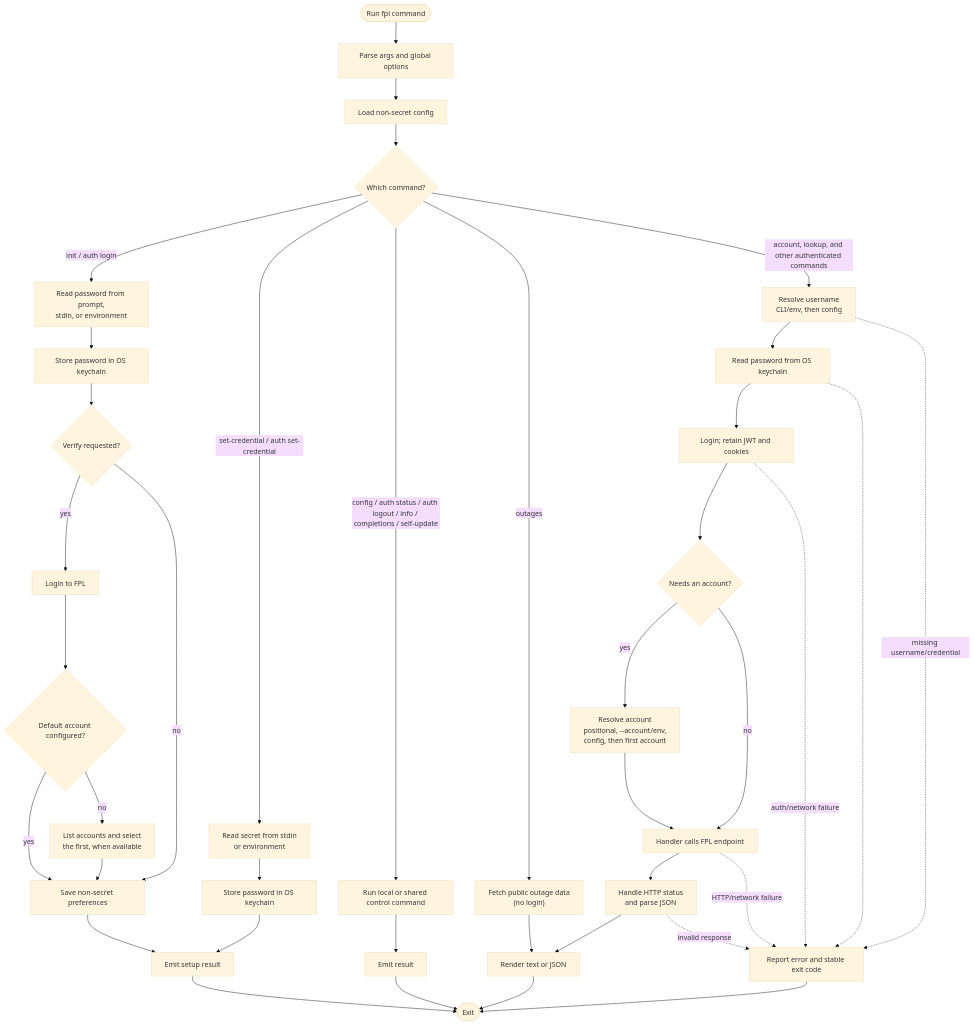
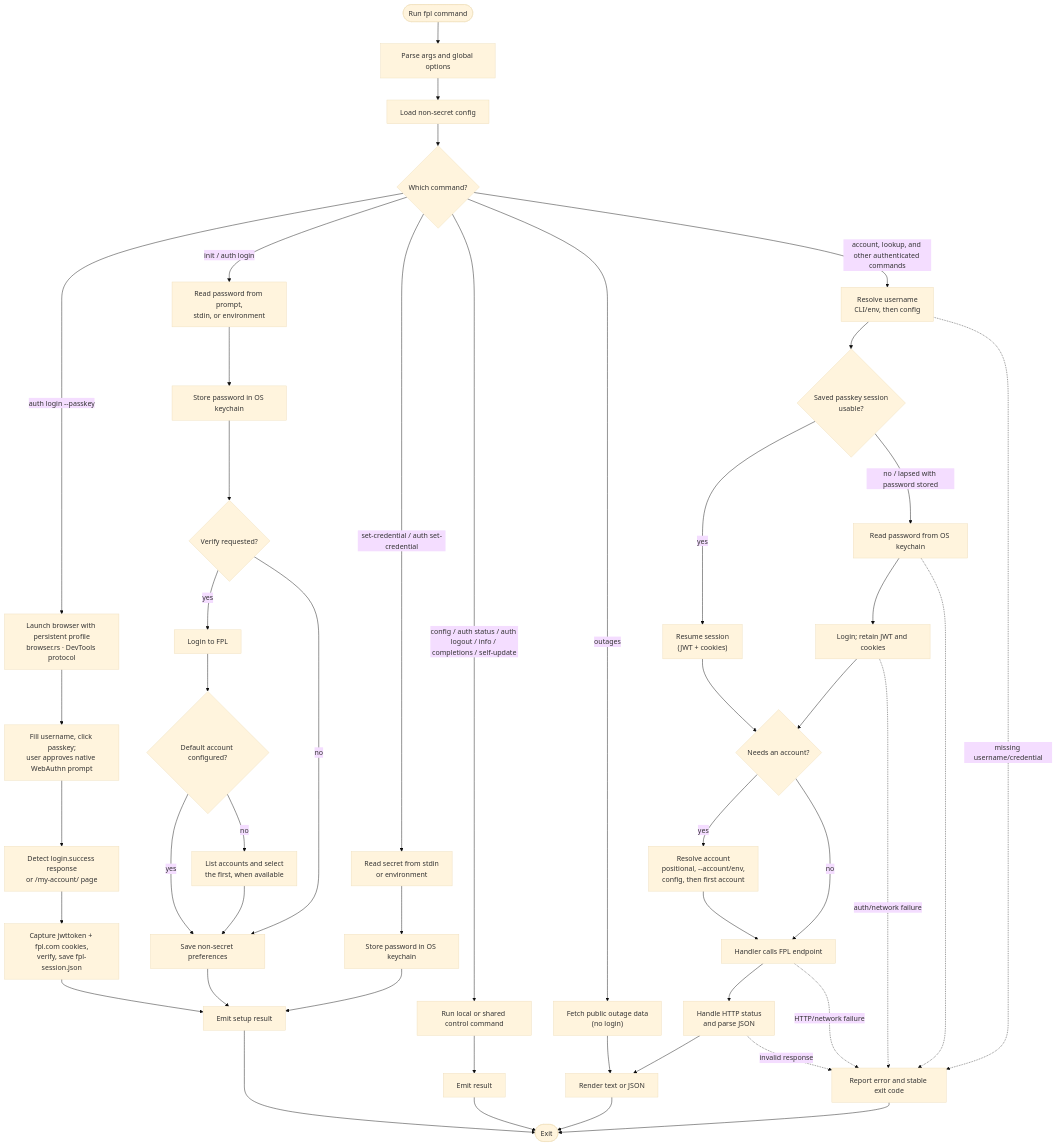
One commit to Elias-EKaplan/fpl-cli-test changed the second of 2 diagrams in docs/architecture.md. Above: the diagram before and after it, drawn with Mermaid (base theme). The commit also changed other lines of this file and 16 other files, not shown here.

Commit message:
Add semi-automatic passkey login via browser (auth login --passkey)

````diff
--- a/docs/architecture.md
+++ b/docs/architecture.md
@@ -55,47 +59,56 @@
 ```mermaid
 flowchart TD
     Start([Run fpl command]) --> Parse["Parse args and global options"]
     Parse --> Load["Load non-secret config"]
     Load --> Route{"Which command?"}
+
+    Route -->|auth login --passkey| Browser["Launch browser with persistent profile<br/>browser.rs · DevTools protocol"]
+    Browser --> Passkey["Fill username, click passkey;<br/>user approves native WebAuthn prompt"]
+    Passkey --> Detect["Detect login.success response<br/>or /my-account/ page"]
+    Detect --> Capture["Capture jwttoken + fpl.com cookies,<br/>verify, save fpl-session.json"]
+    Capture --> SetupOutput
 
     Route -->|init / auth login| Ingress["Read password from prompt,<br/>stdin, or environment"]
     Ingress --> Store["Store password in OS keychain"]
     Store --> Verify{"Verify requested?"}
     Verify -->|yes| Login["Login to FPL"]
     Verify -->|no| SaveSetup["Save non-secret preferences"]
     Login --> HasAccount{"Default account configured?"}
     HasAccount -->|yes| SaveSetup
     HasAccount -->|no| Discover["List accounts and select<br/>the first, when available"]
     Discover --> SaveSetup
     SaveSetup --> SetupOutput["Emit setup result"]
 
     Route -->|set-credential / auth set-credential| CredentialIngress["Read secret from stdin<br/>or environment"]
     CredentialIngress --> CredentialStore["Store password in OS keychain"]
     CredentialStore --> SetupOutput
 
     Route -->|config / auth status / auth logout / info / completions / self-update| Control["Run local or shared control command"]
     Control --> ControlOutput["Emit result"]
 
     Route -->|outages| Public["Fetch public outage data<br/>(no login)"]
     Public --> Render["Render text or JSON"]
 
     Route -->|account, lookup, and other authenticated commands| Username["Resolve username<br/>CLI/env, then config"]
-    Username --> Keychain["Read password from OS keychain"]
+    Username --> Saved{"Saved passkey session<br/>usable?"}
+    Saved -->|yes| Resume["Resume session<br/>(JWT + cookies)"]
+    Resume --> Account
+    Saved -->|"no / lapsed with password stored"| Keychain["Read password from OS keychain"]
     Keychain --> LoginSession["Login; retain JWT and cookies"]
     LoginSession --> Account{"Needs an account?"}
     Account -->|yes| ResolveAccount["Resolve account<br/>positional, --account/env,<br/>config, then first account"]
     Account -->|no| Request
     ResolveAccount --> Request["Handler calls FPL endpoint"]
     Request --> ParseResponse["Handle HTTP status<br/>and parse JSON"]
     ParseResponse --> Render
 
     SetupOutput --> Done([Exit])
     ControlOutput --> Done
     Render --> Done
     Username -. "missing username/credential" .-> Error["Report error and stable exit code"]
     Keychain -.-> Error
     LoginSession -. "auth/network failure" .-> Error
     Request -. "HTTP/network failure" .-> Error
     ParseResponse -. "invalid response" .-> Error
     Error --> Done
 ```
````
